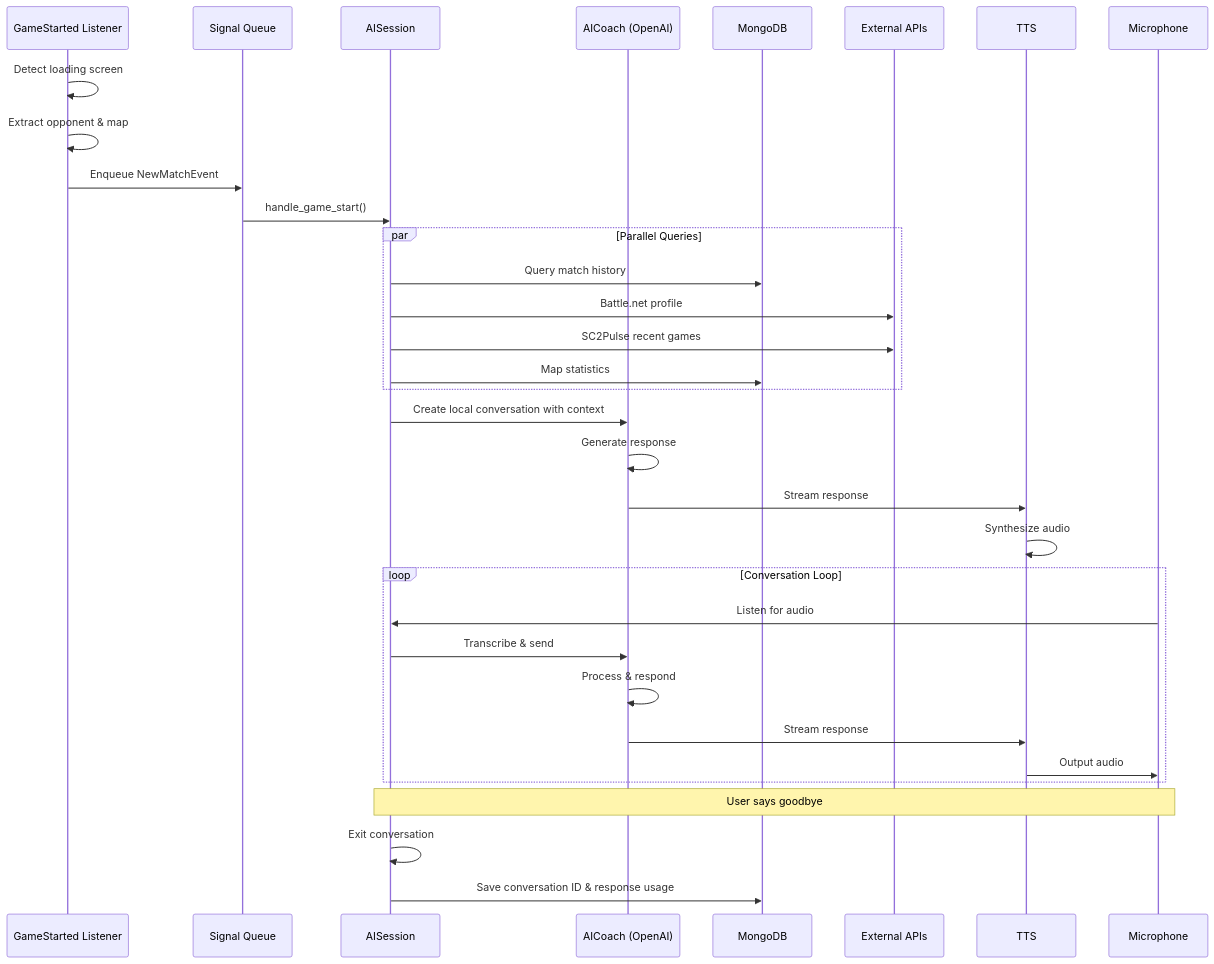
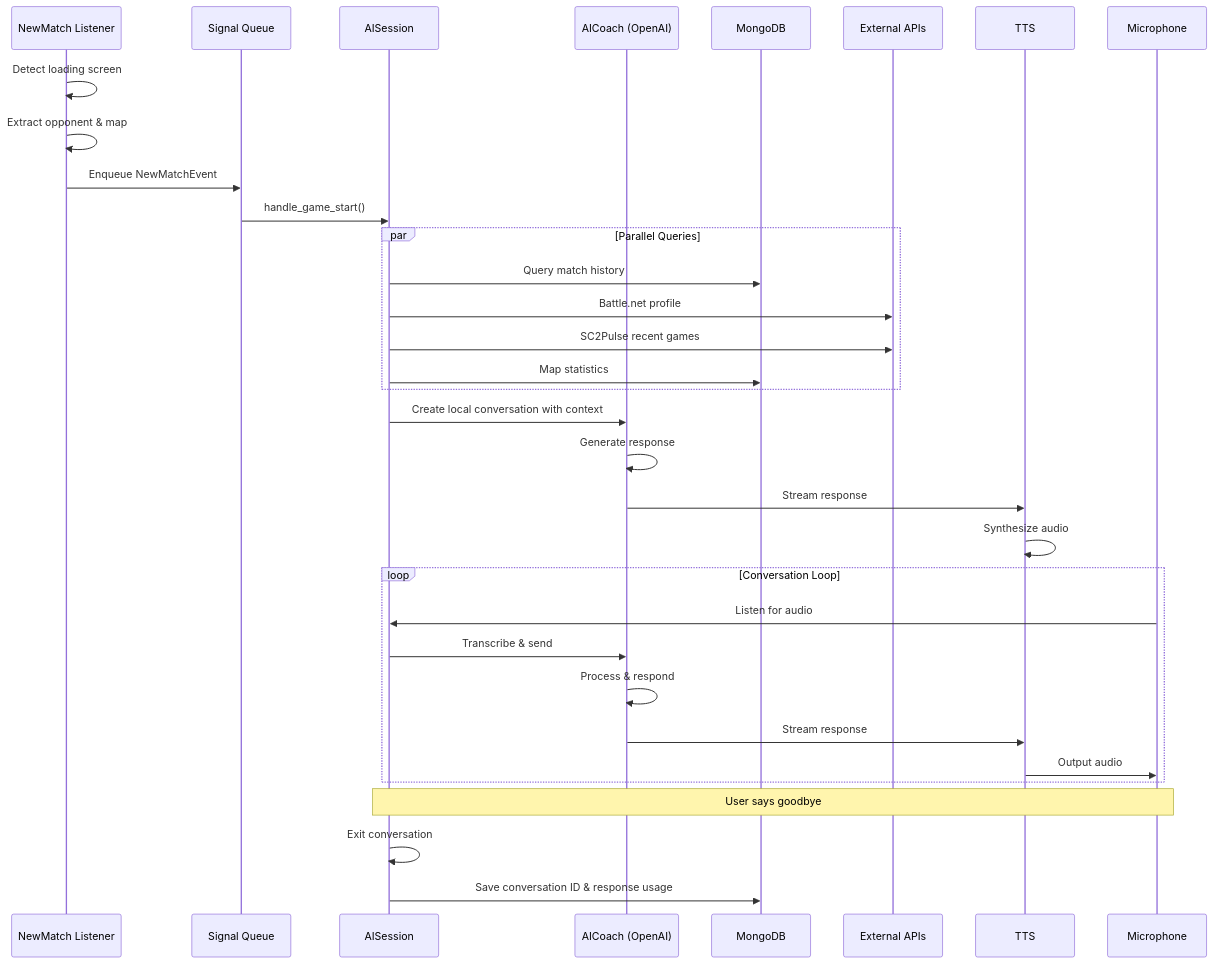
The fifth of 8 diagrams in docs/architecture.md (manuelseeger/sc2-ai-coach), drawn with Mermaid before and after one commit. The commit also changed other lines of this file, not shown here.

Commit message:
Update architecture

````diff
--- a/docs/architecture.md
+++ b/docs/architecture.md
@@ -439,41 +577,41 @@
 ```mermaid
 sequenceDiagram
-    participant OCR as GameStarted Listener
+    participant OCR as NewMatch Listener
     participant Queue as Signal Queue
     participant Session as AISession
     participant LLM as AICoach (OpenAI)
     participant DB as MongoDB
     participant APIs as External APIs
     participant TTS as TTS
     participant Mic as Microphone
     
     OCR->>OCR: Detect loading screen
     OCR->>OCR: Extract opponent & map
     OCR->>Queue: Enqueue NewMatchEvent
     Queue->>Session: handle_game_start()
     
     par Parallel Queries
         Session->>DB: Query match history
         Session->>APIs: Battle.net profile
         Session->>APIs: SC2Pulse recent games
         Session->>DB: Map statistics
     end
     
     Session->>LLM: Create local conversation with context
     LLM->>LLM: Generate response
     LLM->>TTS: Stream response
     TTS->>TTS: Synthesize audio
     
     loop Conversation Loop
         Mic->>Session: Listen for audio
         Session->>LLM: Transcribe & send
         LLM->>LLM: Process & respond
         LLM->>TTS: Stream response
         TTS->>Mic: Output audio
     end
     
     Note over Mic,Session: User says goodbye
     Session->>Session: Exit conversation
     
     Session->>DB: Save conversation ID & response usage
 ```
````
